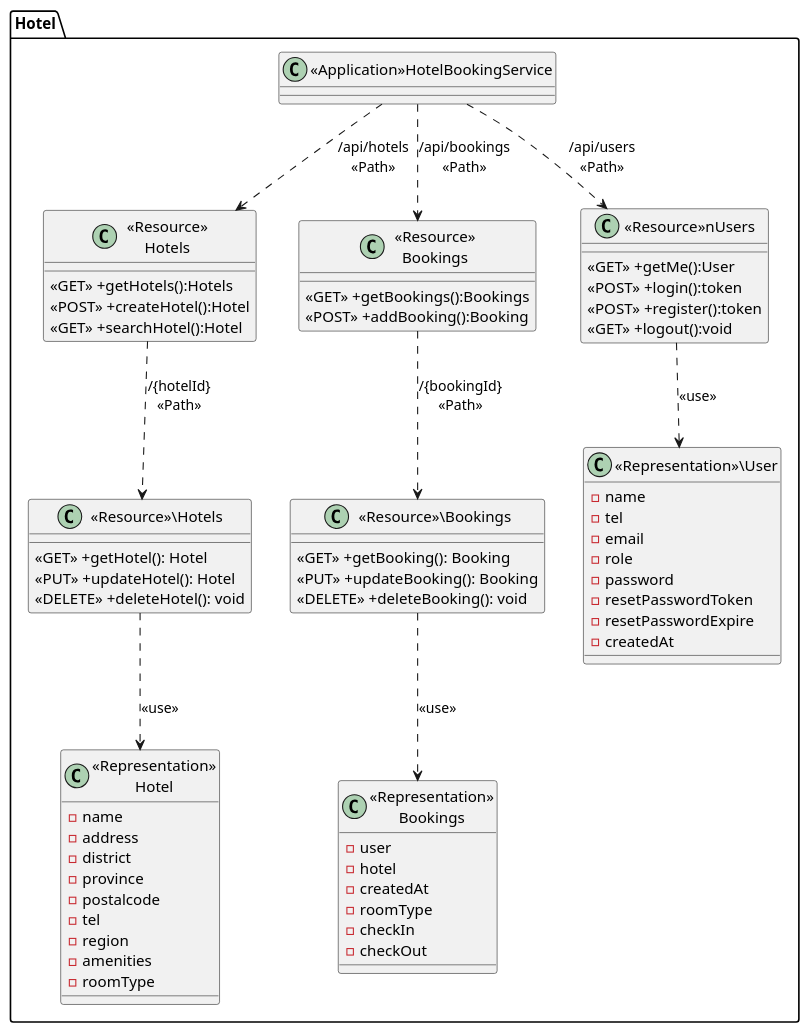
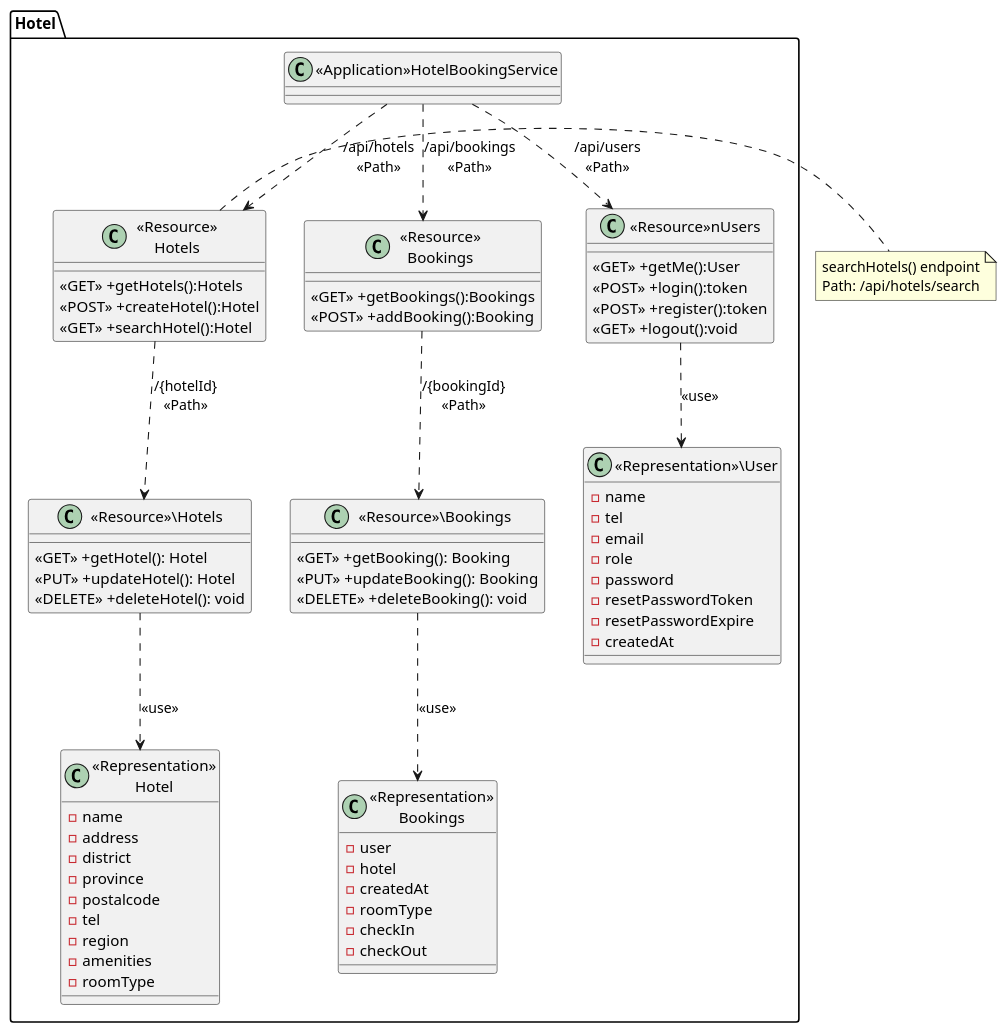
Before and after one commit to Peer2446/SW-DEV-PROG: the diagram in UML/classDiagram.puml, drawn with PlantUML. The commit also changed 7 other files, not shown here.

Commit message:
edit all UML diagram

```diff
--- a/UML/classDiagram.puml
+++ b/UML/classDiagram.puml
@@ -1,82 +1,86 @@
 @startuml
 top to bottom direction
 package "Hotel"{
     class "<<Application>>HotelBookingService" as HotelBookingService{}
 
     class "<<Resource>>\nHotels" as ResourceHotels{
         <<GET>> +getHotels():Hotels
         <<POST>> +createHotel():Hotel
         <<GET>> +searchHotel():Hotel
     }
 
     class "<<Resource>>\Hotels" as ResourceHotel {
         <<GET>> +getHotel(): Hotel
         <<PUT>> +updateHotel(): Hotel
         <<DELETE>> +deleteHotel(): void
     }
 
     class "<<Representation>>\nHotel" as RepresentationHotel {
     -name
     -address
     -district
     -province
     -postalcode
     -tel
     -region
     -amenities
     -roomType
     }
 
     class "<<Resource>>\nBookings" as ResourceBookings{
         <<GET>> +getBookings():Bookings
         <<POST>> +addBooking():Booking
     }
 
     class "<<Resource>>\Bookings" as ResourceBooking {
         <<GET>> +getBooking(): Booking
         <<PUT>> +updateBooking(): Booking
         <<DELETE>> +deleteBooking(): void
     }
     
     class "<<Representation>>\nBookings" as RepresentationBooking {
     -user
     -hotel
     -createdAt
     -roomType
     -checkIn
     -checkOut
     }
 
     class "<<Resource>>nUsers" as ResourceUsers{
         <<GET>> +getMe():User
         <<POST>> +login():token
         <<POST>> +register():token
         <<GET>> +logout():void
 
     }
 
     class "<<Representation>>\User" as RepresentationUser {
     -name
     -tel
     -email
     -role
     -password
     -resetPasswordToken
     -resetPasswordExpire
     -createdAt
     }
 
 }
 
 HotelBookingService ..> ResourceHotels:"/api/hotels\n<<Path>>"
 HotelBookingService ..> ResourceBookings:"/api/bookings\n<<Path>>"
 HotelBookingService ..> ResourceUsers:"/api/users\n<<Path>>"
 
 ResourceHotels ..> ResourceHotel: "/{hotelId}\n<<Path>>"
 ResourceHotel ..> RepresentationHotel: "<<use>>"
 
 ResourceBookings ..> ResourceBooking: "/{bookingId}\n<<Path>>"
 ResourceBooking ..> RepresentationBooking: "<<use>>"
 
 ResourceUsers ..> RepresentationUser: "<<use>>"
+note right of ResourceHotels
+  searchHotels() endpoint
+  Path: /api/hotels/search
+  end note
 @enduml
```
